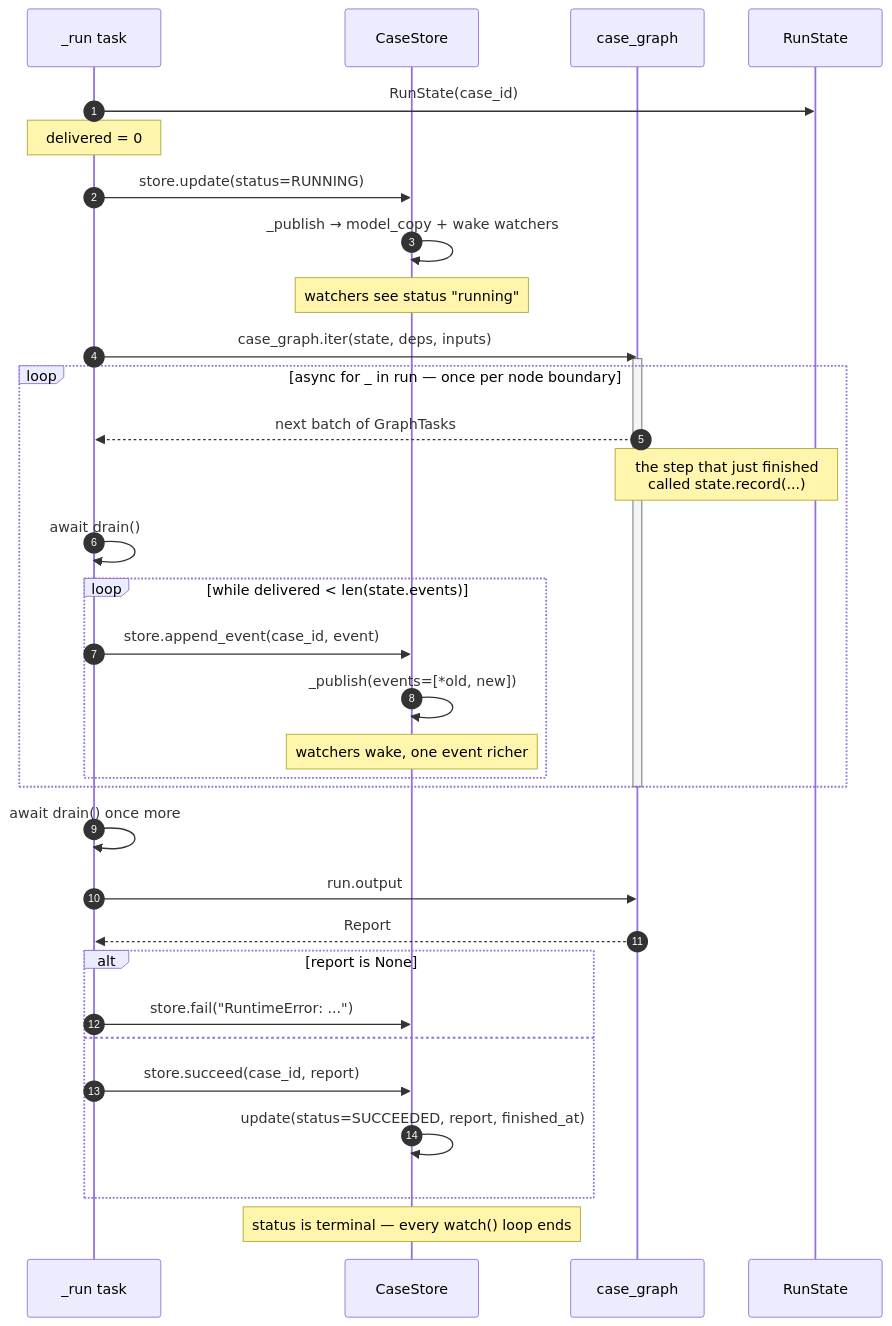
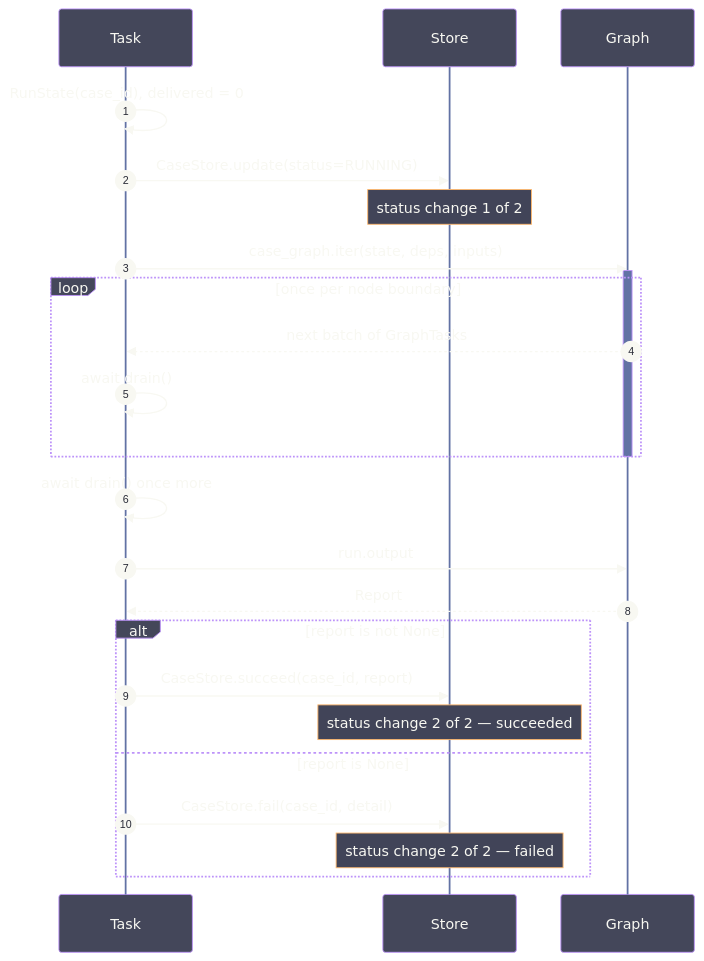
One commit to selvakumarperumal/tfd_prototype changed the fifth of 39 diagrams in API_FLOW.md. Above: the diagram before and after it, drawn with Mermaid. The commit also changed other lines of this file, not shown here.

Commit message:
Update API flow documentation

````diff
--- a/API_FLOW.md
+++ b/API_FLOW.md
@@ -171,43 +232,33 @@
 ```mermaid
+%%{init:{'theme':'base','themeVariables':{'darkMode':true,'background':'#282a36','mainBkg':'#44475a','primaryColor':'#44475a','primaryTextColor':'#f8f8f2','primaryBorderColor':'#bd93f9','lineColor':'#6272a4','textColor':'#f8f8f2','nodeBorder':'#bd93f9','clusterBkg':'#21222c','clusterBorder':'#6272a4','edgeLabelBackground':'#282a36','actorBkg':'#44475a','actorBorder':'#bd93f9','actorTextColor':'#f8f8f2','actorLineColor':'#6272a4','signalColor':'#f8f8f2','signalTextColor':'#f8f8f2','noteBkgColor':'#414458','noteBorderColor':'#ffb86c','noteTextColor':'#f8f8f2','activationBkgColor':'#6272a4','activationBorderColor':'#bd93f9','labelBoxBkgColor':'#44475a','labelBoxBorderColor':'#bd93f9','labelTextColor':'#f8f8f2','loopTextColor':'#f8f8f2','sequenceNumberColor':'#282a36'}}}%%
 sequenceDiagram
     autonumber
-    participant T as _run task
-    participant S as CaseStore
-    participant G as case_graph
-    participant St as RunState
+    participant Task
+    participant Store
+    participant Graph
 
-    T->>St: RunState(case_id)
-    Note over T: delivered = 0
+    Task->>Task: RunState(case_id), delivered = 0
+    Task->>Store: CaseStore.update(status=RUNNING)
+    Note over Store: status change 1 of 2
 
-    T->>S: store.update(status=RUNNING)
-    S->>S: _publish → model_copy + wake watchers
-    Note over S: watchers see status "running"
+    Task->>Graph: case_graph.iter(state, deps, inputs)
+    activate Graph
 
-    T->>G: case_graph.iter(state, deps, inputs)
-    activate G
+    loop once per node boundary
+        Graph-->>Task: next batch of GraphTasks
+        Task->>Task: await drain()
+    end
+    deactivate Graph
 
-    loop async for _ in run — once per node boundary
-        G-->>T: next batch of GraphTasks
-        Note over G,St: the step that just finished<br/>called state.record(...)
-        T->>T: await drain()
-        loop while delivered < len(state.events)
-            T->>S: store.append_event(case_id, event)
-            S->>S: _publish(events=[*old, new])
-            Note over S: watchers wake, one event richer
-        end
+    Task->>Task: await drain() once more
+    Task->>Graph: run.output
+    Graph-->>Task: Report
+
+    alt report is not None
+        Task->>Store: CaseStore.succeed(case_id, report)
+        Note over Store: status change 2 of 2 — succeeded
+    else report is None
+        Task->>Store: CaseStore.fail(case_id, detail)
+        Note over Store: status change 2 of 2 — failed
     end
-
-    deactivate G
-    T->>T: await drain() once more
-    T->>G: run.output
-    G-->>T: Report
-
-    alt report is None
-        T->>S: store.fail("RuntimeError: ...")
-    else
-        T->>S: store.succeed(case_id, report)
-        S->>S: update(status=SUCCEEDED, report, finished_at)
-    end
-
-    Note over S: status is terminal — every watch() loop ends
 ```
````
